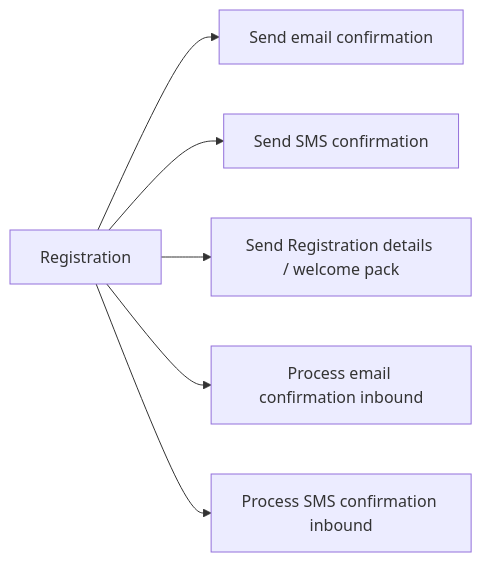
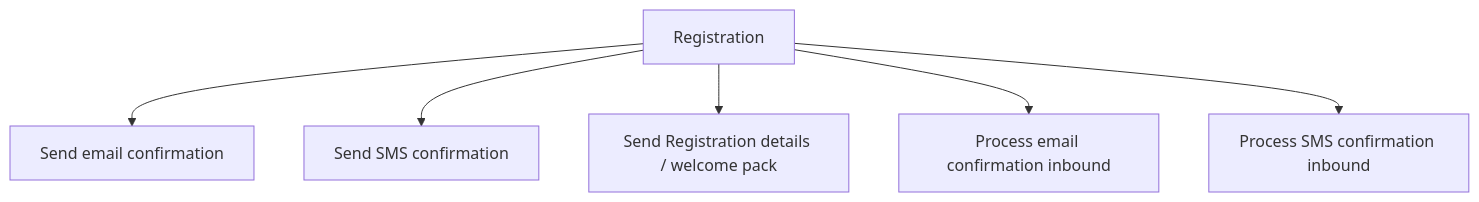
The diagram in User%2DJourneys.md (jimdeane/OpenCCM-wiki), drawn with Mermaid before and after one commit.

Commit message:
Updated User-Journeys

```diff
--- a/User%2DJourneys.md
+++ b/User%2DJourneys.md
@@ -7,10 +7,10 @@
 ::: mermaid
-graph LR;
+graph TD;
 Registration-->id01[Send email confirmation]
 Registration-->id02[Send SMS confirmation] 
 Registration-->id03[Send Registration details / welcome pack]
 Registration-->id04[Process email confirmation inbound]
 Registration-->id05[Process SMS confirmation inbound]
 
 
 :::
```
